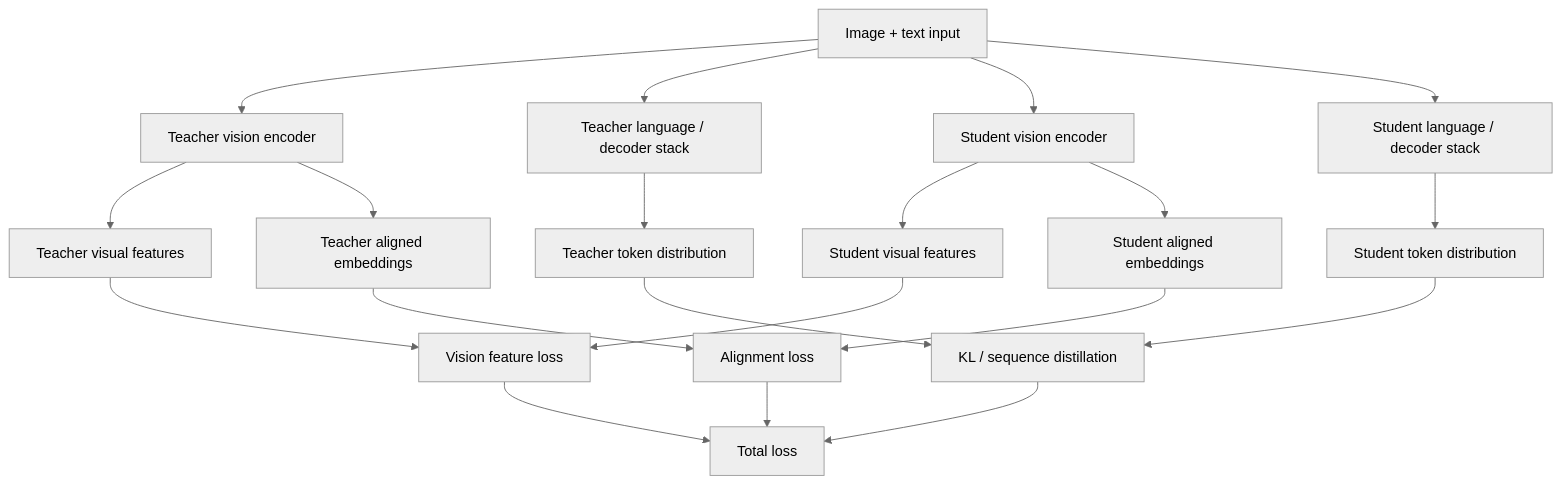
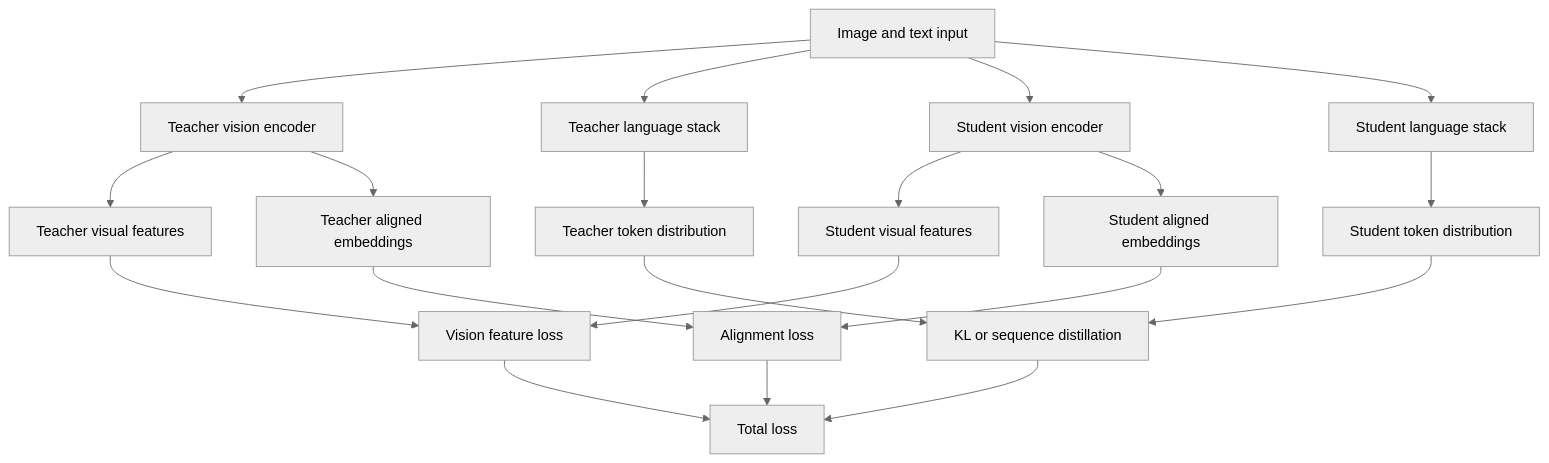
One commit to b-io/vlm-inference-lab changed the second of 2 diagrams in docs/optimization/knowledge_distillation.md. Above: the diagram before and after it, drawn with Mermaid (neutral theme). The commit also changed other lines of this file and 6 other files, not shown here.

First line of the commit message:
docs: update VLM architectures, knowledge distillation, and fix LaTeX rendering

````diff
--- a/docs/optimization/knowledge_distillation.md
+++ b/docs/optimization/knowledge_distillation.md
@@ -212,26 +206,26 @@
 ```mermaid
 flowchart TD
-    X[Image + text input] --> TV[Teacher vision encoder]
-    X --> TL[Teacher language / decoder stack]
+    X[Image and text input] --> TV[Teacher vision encoder]
+    X --> TL[Teacher language stack]
     X --> SV[Student vision encoder]
-    X --> SL[Student language / decoder stack]
+    X --> SL[Student language stack]
 
     TV --> TF[Teacher visual features]
     SV --> SF[Student visual features]
     TF --> VF[Vision feature loss]
     SF --> VF
 
     TL --> TT[Teacher token distribution]
     SL --> ST[Student token distribution]
-    TT --> KD[KL / sequence distillation]
+    TT --> KD[KL or sequence distillation]
     ST --> KD
 
     TV --> TA[Teacher aligned embeddings]
     SV --> SA[Student aligned embeddings]
     TA --> AL[Alignment loss]
     SA --> AL
 
     VF --> TOT[Total loss]
     KD --> TOT
     AL --> TOT
 ```
````
